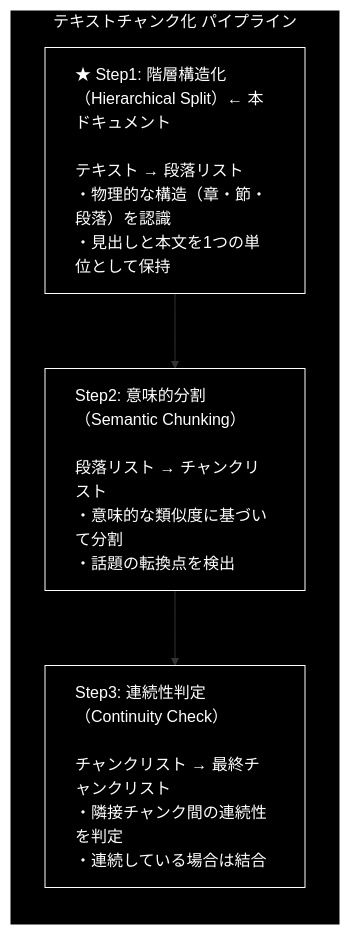
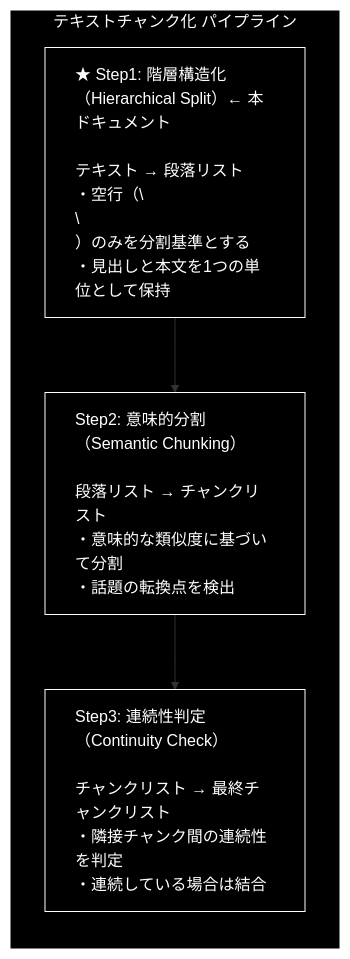
Before and after one commit to nakashima2toshio/gemini_grace_agent: the first of 2 diagrams in chunking/doc/step1.md, drawn with Mermaid. The commit also changed other lines of this file and 26 other files, not shown here.

````diff
--- a/chunking/doc/step1.md
+++ b/chunking/doc/step1.md
@@ -23,20 +23,20 @@
 ```mermaid
 graph TD
     subgraph PIPELINE["テキストチャンク化 パイプライン"]
         direction TB
 
-        STEP1["<div style='text-align:left'>★ Step1: 階層構造化（Hierarchical Split）← 本ドキュメント<br/><br/>テキスト → 段落リスト<br/>・物理的な構造（章・節・段落）を認識<br/>・見出しと本文を1つの単位として保持</div>"]
+        STEP1["<div style='text-align:left'>★ Step1: 階層構造化（Hierarchical Split）← 本ドキュメント<br/><br/>テキスト → 段落リスト<br/>・空行（\\n\\n）のみを分割基準とする<br/>・見出しと本文を1つの単位として保持</div>"]
 
         STEP2["<div style='text-align:left'>Step2: 意味的分割（Semantic Chunking）<br/><br/>段落リスト → チャンクリスト<br/>・意味的な類似度に基づいて分割<br/>・話題の転換点を検出</div>"]
 
         STEP3["<div style='text-align:left'>Step3: 連続性判定（Continuity Check）<br/><br/>チャンクリスト → 最終チャンクリスト<br/>・隣接チャンク間の連続性を判定<br/>・連続している場合は結合</div>"]
 
         STEP1 --> STEP2
         STEP2 --> STEP3
     end
 
     style PIPELINE fill:#000000,stroke:#ffffff,color:#ffffff
     style STEP1 fill:#000000,stroke:#ffffff,color:#ffffff
     style STEP2 fill:#000000,stroke:#ffffff,color:#ffffff
     style STEP3 fill:#000000,stroke:#ffffff,color:#ffffff
 ```
````
